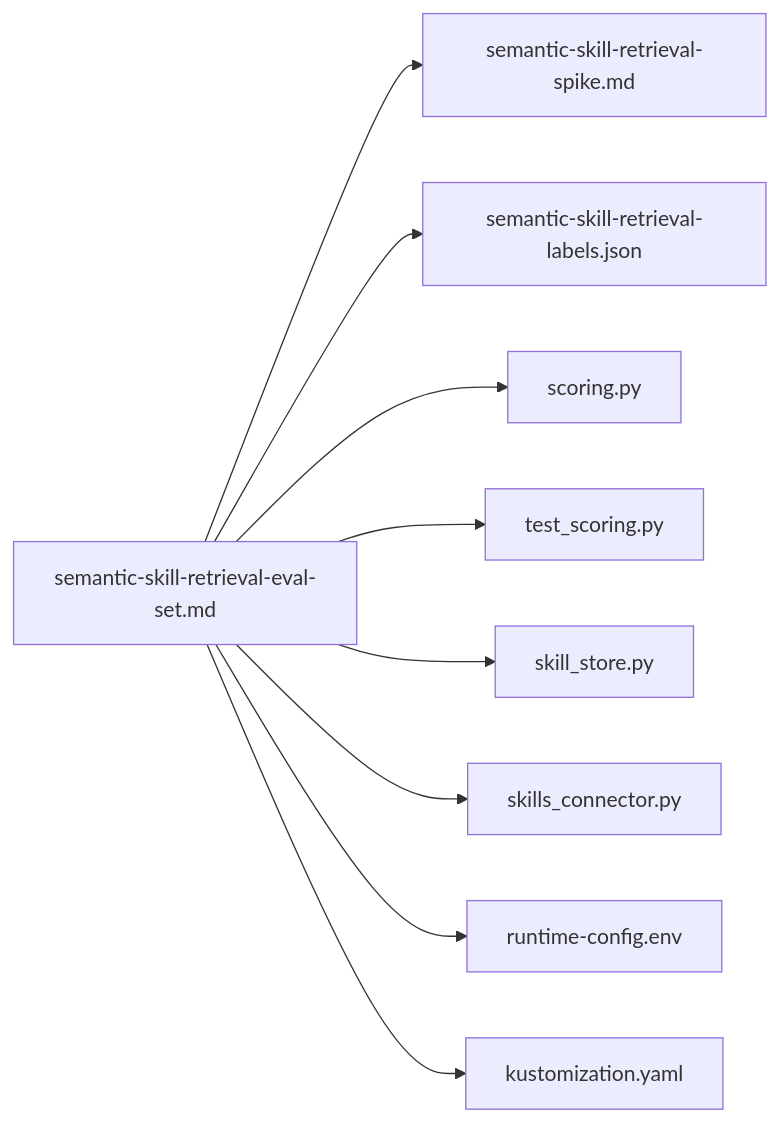
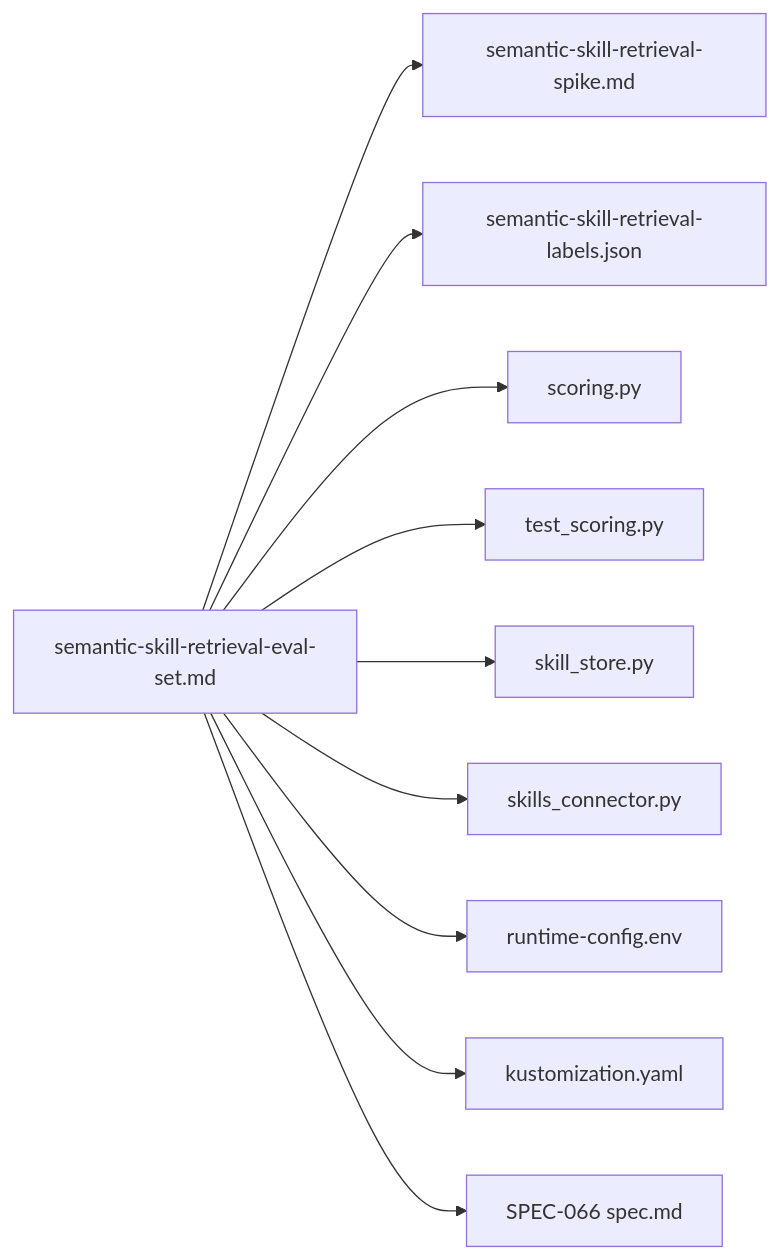
Before and after one commit to alainlei/luban-aiops: the seventh of 7 diagrams in .qoder/repowiki/en/content/Operator Portal/Workspace Management/Semantic Skill Retrieval Evaluation Set.md, drawn with Mermaid. The commit also changed other lines of this file and 282 other files, not shown here.

````diff
--- a/.qoder/repowiki/en/content/Operator Portal/Workspace Management/Semantic Skill Retrieval Evaluation Set.md
+++ b/.qoder/repowiki/en/content/Operator Portal/Workspace Management/Semantic Skill Retrieval Evaluation Set.md
@@ -380,20 +436,22 @@
 ```mermaid
 graph LR
 EvalSet["semantic-skill-retrieval-eval-set.md"]
 SpikeMemo["semantic-skill-retrieval-spike.md"]
 LabelsFixture["semantic-skill-retrieval-labels.json"]
 ScorerModule["scoring.py"]
 TestSuite["test_scoring.py"]
 StoreImpl["skill_store.py"]
 Connector["skills_connector.py"]
 DevConfig["runtime-config.env"]
 Kustomization["kustomization.yaml"]
+Spec066["SPEC-066 spec.md"]
 EvalSet --> SpikeMemo
 EvalSet --> LabelsFixture
 EvalSet --> ScorerModule
 EvalSet --> TestSuite
 EvalSet --> StoreImpl
 EvalSet --> Connector
 EvalSet --> DevConfig
 EvalSet --> Kustomization
+EvalSet --> Spec066
 ```
````
